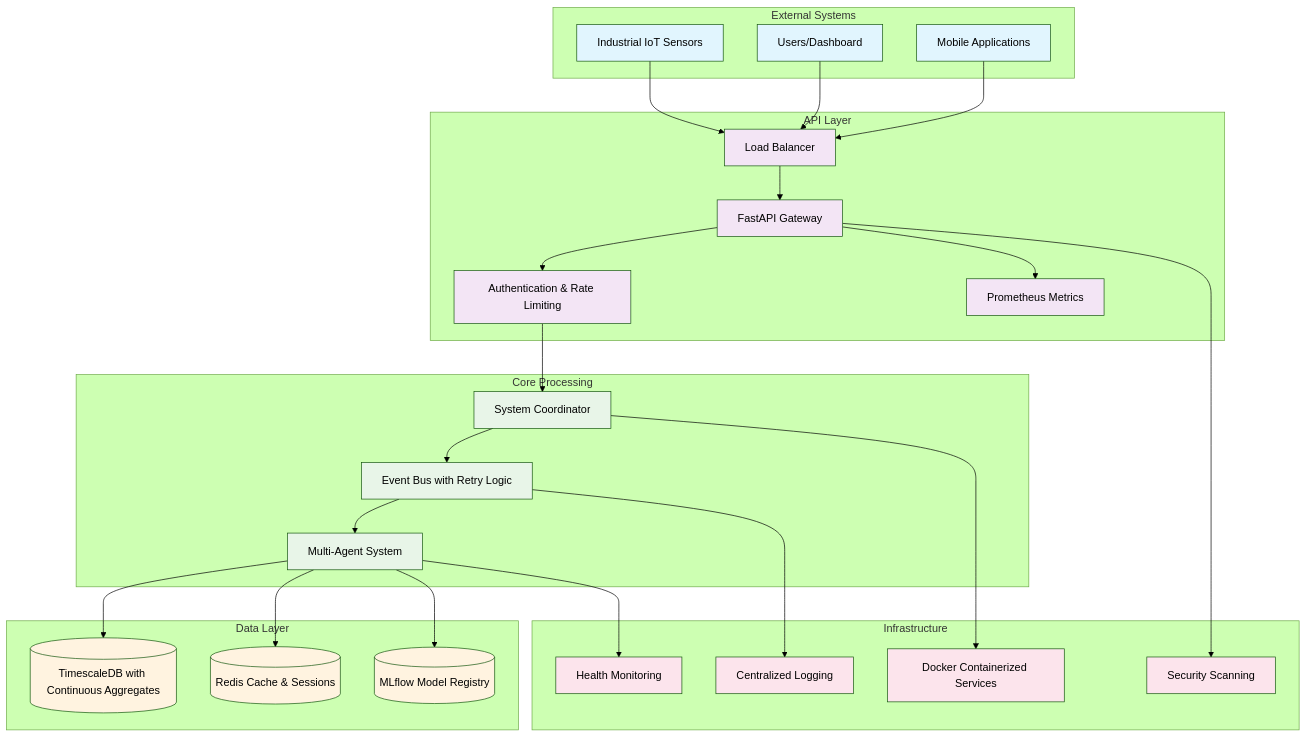
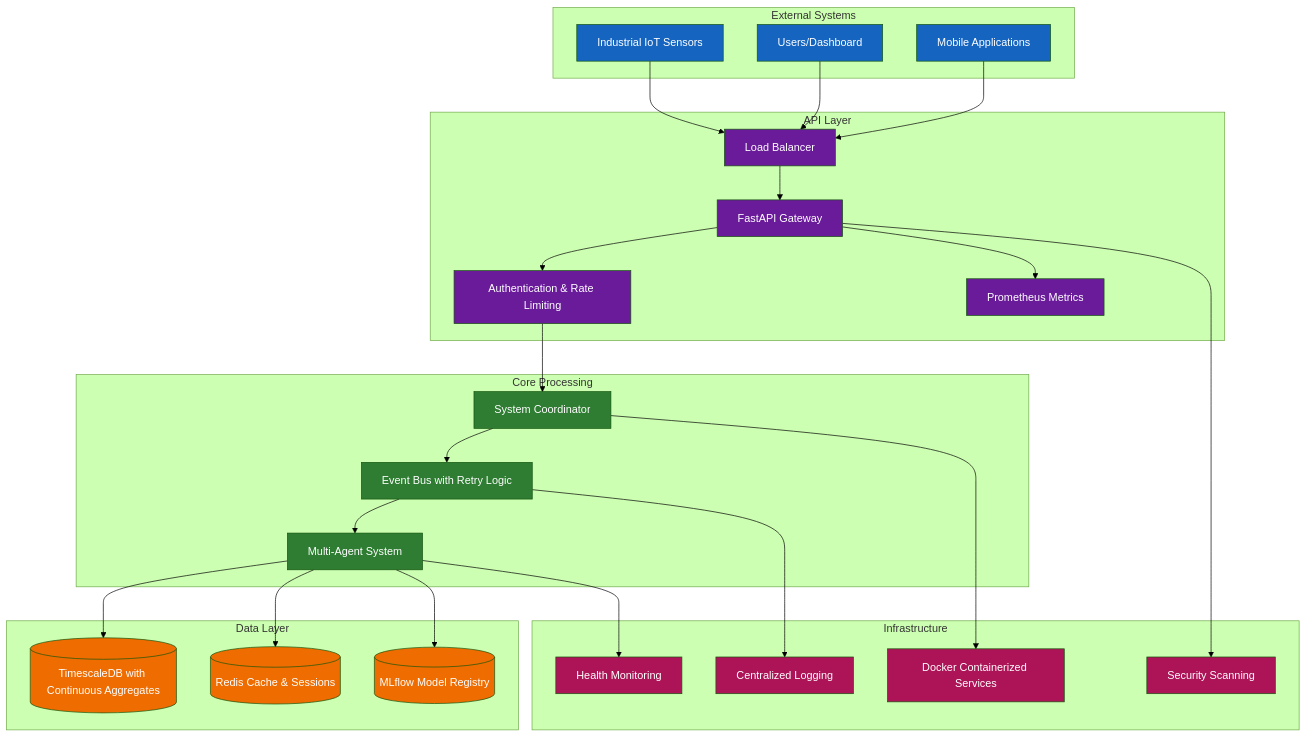
One commit to YanCotta/enterprise_challenge_sprint_1_hermes_reply changed the first of 16 diagrams in smart-maintenance-saas/docs/SYSTEM_AND_ARCHITECTURE.md. Above: the diagram before and after it, drawn with Mermaid (forest theme). The commit also changed other lines of this file, not shown here.

Commit message:
feat: update class definitions in architecture diagrams for improved clarity and consistency

````diff
--- a/smart-maintenance-saas/docs/SYSTEM_AND_ARCHITECTURE.md
+++ b/smart-maintenance-saas/docs/SYSTEM_AND_ARCHITECTURE.md
@@ -105,63 +105,63 @@
 ```mermaid
 graph TB
     subgraph "External Systems"
         IOT[Industrial IoT Sensors]
         USERS[Users/Dashboard]
         MOBILE[Mobile Applications]
     end
 
     subgraph "API Layer"
         LB[Load Balancer]
         API[FastAPI Gateway]
         AUTH[Authentication & Rate Limiting]
         METRICS[Prometheus Metrics]
     end
 
     subgraph "Core Processing"
         COORD[System Coordinator]
         EVENT[Event Bus with Retry Logic]
         AGENTS[Multi-Agent System]
     end
 
     subgraph "Data Layer"
         TS[(TimescaleDB with Continuous Aggregates)]
         REDIS[(Redis Cache & Sessions)]
         MLFLOW[(MLflow Model Registry)]
     end
 
     subgraph "Infrastructure"
         DOCKER[Docker Containerized Services]
         MONITOR[Health Monitoring]
         LOGS[Centralized Logging]
         SECURITY[Security Scanning]
     end
 
     IOT --> LB
     USERS --> LB
     MOBILE --> LB
     LB --> API
     API --> AUTH
     AUTH --> COORD
     COORD --> EVENT
     EVENT --> AGENTS
     AGENTS --> TS
     AGENTS --> REDIS
     AGENTS --> MLFLOW
     COORD --> DOCKER
     AGENTS --> MONITOR
     EVENT --> LOGS
     API --> METRICS
     API --> SECURITY
 
-    classDef external fill:#e1f5fe
-    classDef api fill:#f3e5f5
-    classDef core fill:#e8f5e8
-    classDef data fill:#fff3e0
-    classDef infra fill:#fce4ec
+    classDef external fill:#1565C0,color:#ffffff
+    classDef api fill:#6A1B9A,color:#ffffff
+    classDef core fill:#2E7D32,color:#ffffff
+    classDef data fill:#EF6C00,color:#ffffff
+    classDef infra fill:#AD1457,color:#ffffff
 
     class IOT,USERS,MOBILE external
     class LB,API,AUTH,METRICS api
     class COORD,EVENT,AGENTS core
     class TS,REDIS,MLFLOW data
     class DOCKER,MONITOR,LOGS,SECURITY infra
 ```
````
